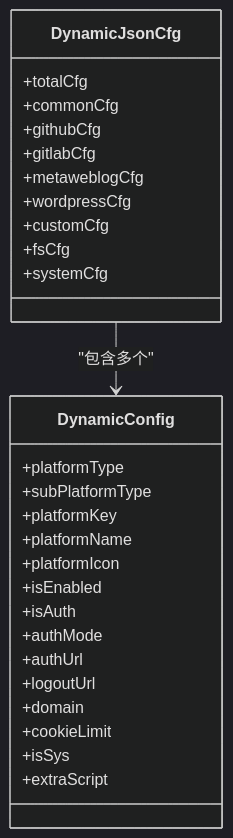
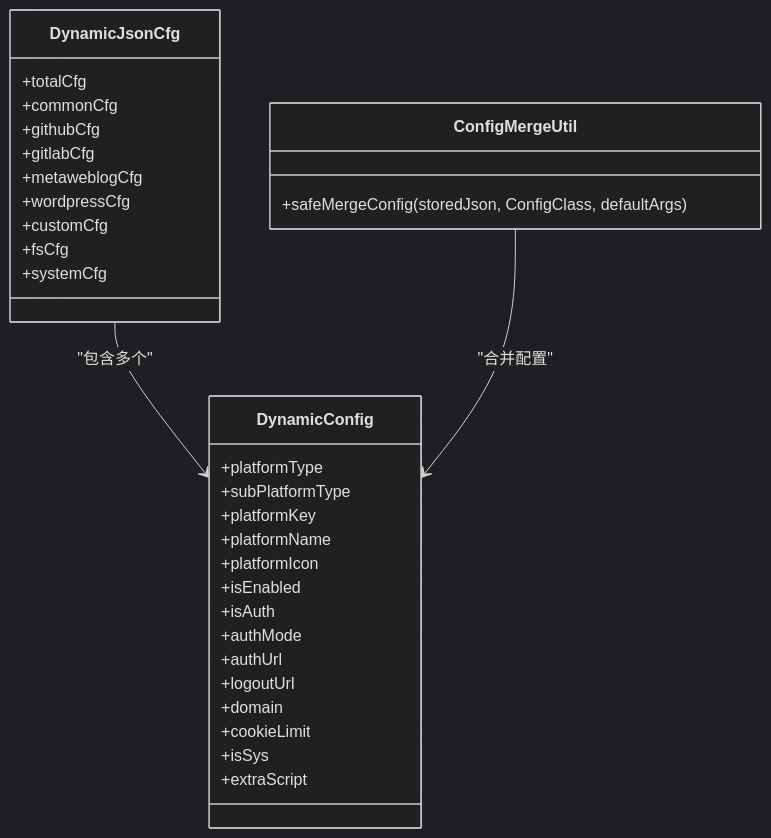
One commit to terwer/siyuan-plugin-publisher changed the third of 6 diagrams in .qoder/repowiki/zh/content/配置管理系统/配置管理系统.md. Above: the diagram before and after it, drawn with Mermaid (dark theme). The commit also changed other lines of this file and 25 other files, not shown here.

````diff
--- a/.qoder/repowiki/zh/content/配置管理系统/配置管理系统.md
+++ b/.qoder/repowiki/zh/content/配置管理系统/配置管理系统.md
@@ -220,31 +253,35 @@
 ```mermaid
 classDiagram
 class DynamicConfig {
 +platformType
 +subPlatformType
 +platformKey
 +platformName
 +platformIcon
 +isEnabled
 +isAuth
 +authMode
 +authUrl
 +logoutUrl
 +domain
 +cookieLimit
 +isSys
 +extraScript
 }
 class DynamicJsonCfg {
 +totalCfg
 +commonCfg
 +githubCfg
 +gitlabCfg
 +metaweblogCfg
 +wordpressCfg
 +customCfg
 +fsCfg
 +systemCfg
 }
+class ConfigMergeUtil {
++safeMergeConfig(storedJson, ConfigClass, defaultArgs)
+}
 DynamicJsonCfg --> DynamicConfig : "包含多个"
+ConfigMergeUtil --> DynamicConfig : "合并配置"
 ```
````
